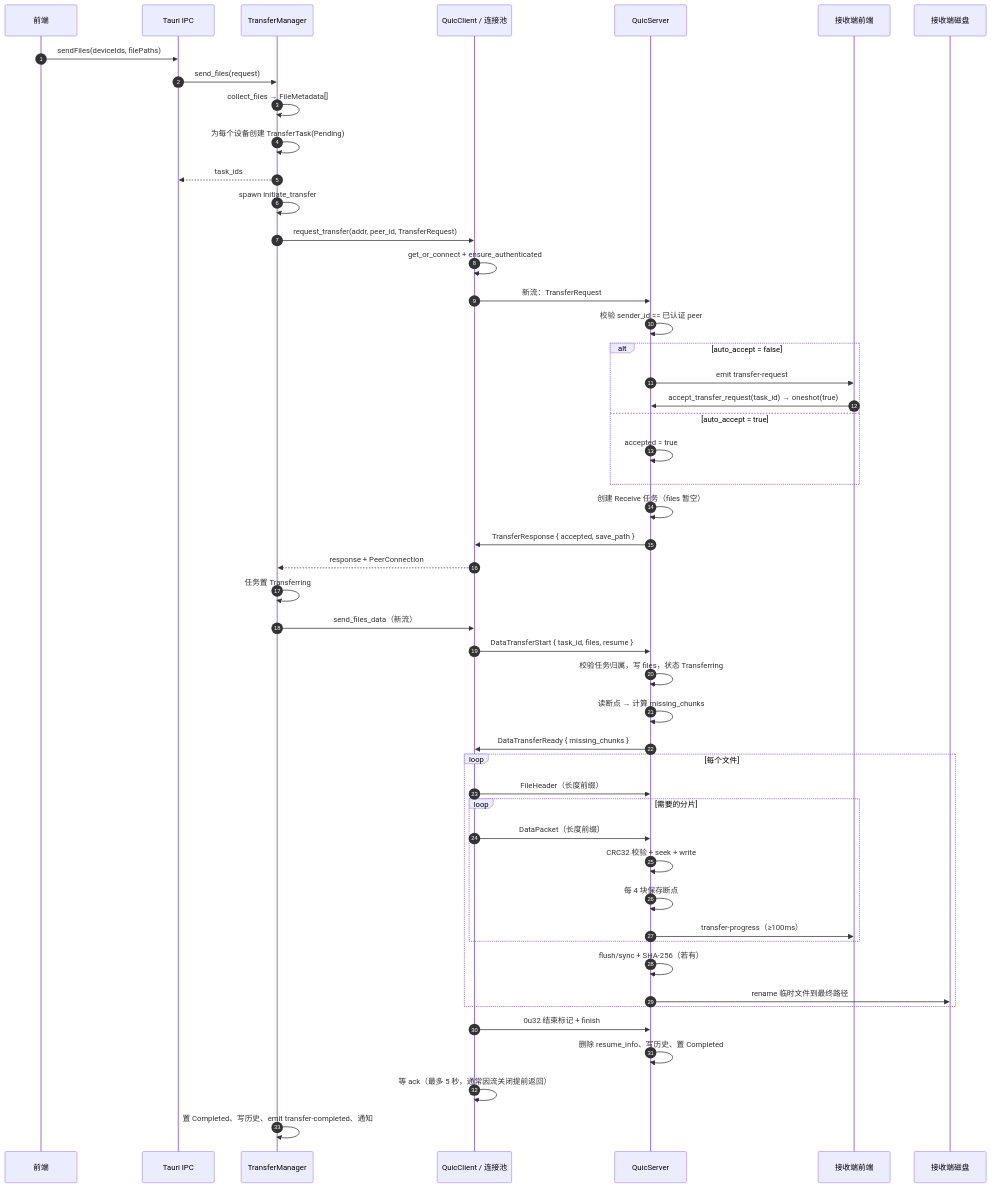
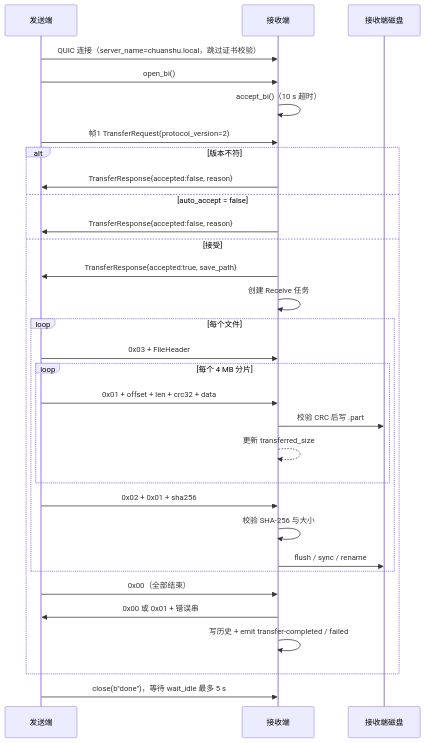
One commit to pardonhan/chuanshu-app changed the second of 2 diagrams in docs/wiki/07-protocol-and-flows.md. Above: the diagram before and after it, drawn with Mermaid. The commit also changed other lines of this file and 10 other files, not shown here.

````diff
--- a/docs/wiki/07-protocol-and-flows.md
+++ b/docs/wiki/07-protocol-and-flows.md
@@ -168,52 +154,34 @@
 ```mermaid
 sequenceDiagram
-  autonumber
-  participant UI as 前端
-  participant IPC as Tauri IPC
-  participant M as TransferManager
-  participant C as QuicClient / 连接池
-  participant S as QuicServer
-  participant RUI as 接收端前端
+  participant C as 发送端
+  participant S as 接收端
   participant FS as 接收端磁盘
 
-  UI->>IPC: sendFiles(deviceIds, filePaths)
-  IPC->>M: send_files(request)
-  M->>M: collect_files → FileMetadata[]
-  M->>M: 为每个设备创建 TransferTask(Pending)
-  M-->>IPC: task_ids
-  M->>M: spawn initiate_transfer
-  M->>C: request_transfer(addr, peer_id, TransferRequest)
-  C->>C: get_or_connect + ensure_authenticated
-  C->>S: 新流：TransferRequest
-  S->>S: 校验 sender_id == 已认证 peer
-  alt auto_accept = false
-    S->>RUI: emit transfer-request
-    RUI->>S: accept_transfer_request(task_id) → oneshot(true)
-  else auto_accept = true
-    S->>S: accepted = true
+  C->>S: QUIC 连接（server_name=chuanshu.local，跳过证书校验）
+  C->>S: open_bi()
+  S->>S: accept_bi()（10 s 超时）
+  C->>S: 帧1 TransferRequest(protocol_version=2)
+  alt 版本不符
+    S->>C: TransferResponse{accepted:false, reason}
+  else auto_accept = false
+    S->>C: TransferResponse{accepted:false, reason}
+  else 接受
+    S->>C: TransferResponse{accepted:true, save_path}
+    S->>S: 创建 Receive 任务
+    loop 每个文件
+      C->>S: 0x03 + FileHeader
+      loop 每个 4 MB 分片
+        C->>S: 0x01 + offset + len + crc32 + data
+        S->>FS: 校验 CRC 后写 .part
+        S-->>S: 更新 transferred_size
+      end
+      C->>S: 0x02 + 0x01 + sha256
+      S->>S: 校验 SHA-256 与大小
+      S->>FS: flush / sync / rename
+    end
+    C->>S: 0x00（全部结束）
+    S->>C: 0x00 或 0x01 + 错误串
+    S->>S: 写历史 + emit transfer-completed / failed
   end
-  S->>S: 创建 Receive 任务（files 暂空）
-  S->>C: TransferResponse { accepted, save_path }
-  C-->>M: response + PeerConnection
-  M->>M: 任务置 Transferring
-  M->>C: send_files_data（新流）
-  C->>S: DataTransferStart { task_id, files, resume }
-  S->>S: 校验任务归属，写 files，状态 Transferring
-  S->>S: 读断点 → 计算 missing_chunks
-  S->>C: DataTransferReady { missing_chunks }
-  loop 每个文件
-    C->>S: FileHeader（长度前缀）
-    loop 需要的分片
-      C->>S: DataPacket（长度前缀）
-      S->>S: CRC32 校验 + seek + write
-      S->>S: 每 4 块保存断点
-      S->>RUI: transfer-progress（≥100ms）
-    end
-    S->>S: flush/sync + SHA-256（若有）
-    S->>FS: rename 临时文件到最终路径
-  end
-  C->>S: 0u32 结束标记 + finish
-  S->>S: 删除 resume_info、写历史、置 Completed
-  C->>C: 等 ack（最多 5 秒，通常因流关闭提前返回）
-  M->>M: 置 Completed、写历史、emit transfer-completed、通知
+  C->>S: close(b"done")，等待 wait_idle 最多 5 s
 ```
````
